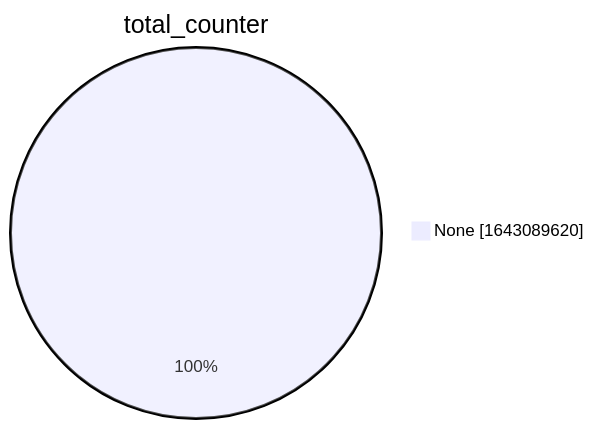
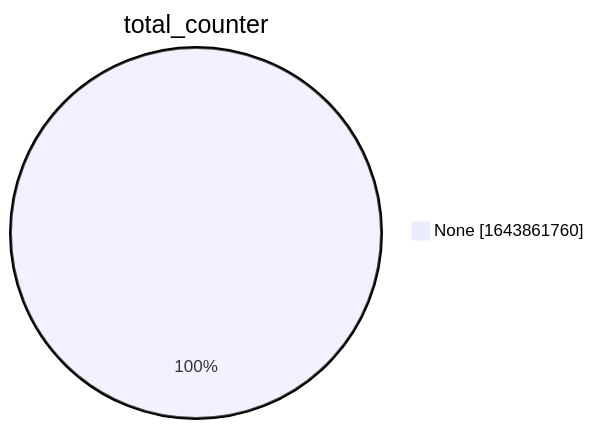
One commit to christiankrug/ctmonitor_visualization changed the second of 15 diagrams in xenon2022/README.md. Above: the diagram before and after it, drawn with Mermaid. The commit also changed other lines of this file, not shown here.

````diff
--- a/xenon2022/README.md
+++ b/xenon2022/README.md
@@ -9,5 +9,5 @@
 ```mermaid
 pie showData
 title total_counter
-"None" :1643089620
+"None" :1643861760
 ```
````
